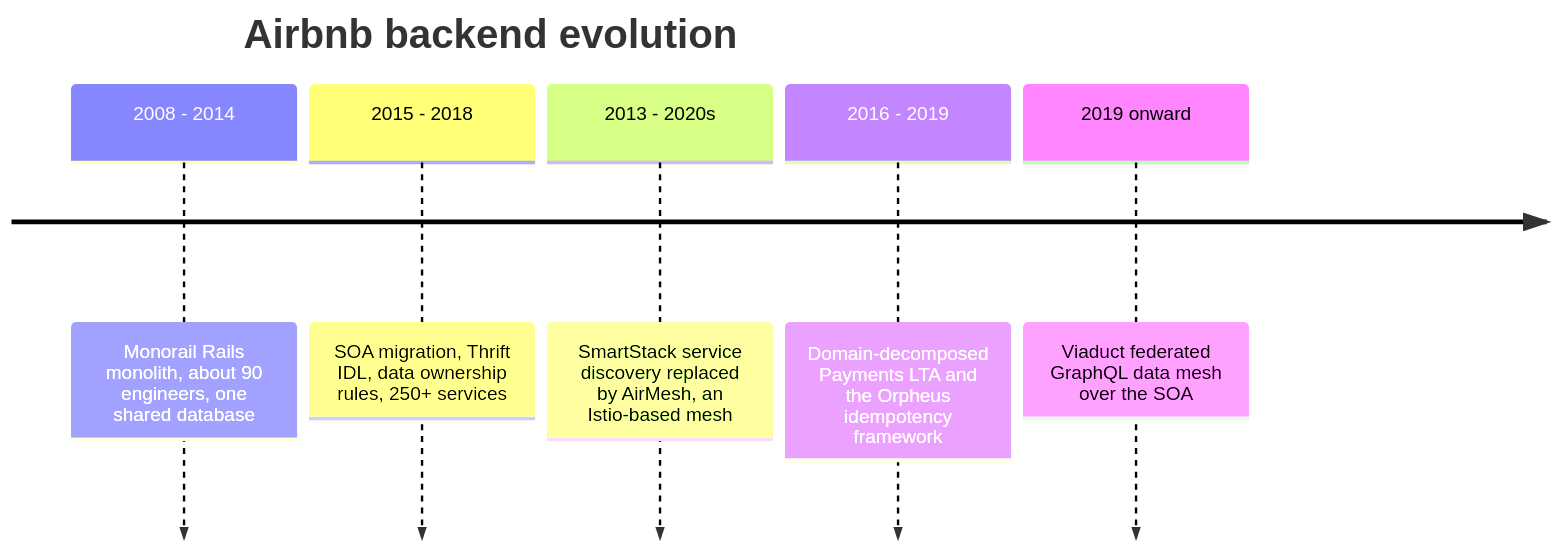
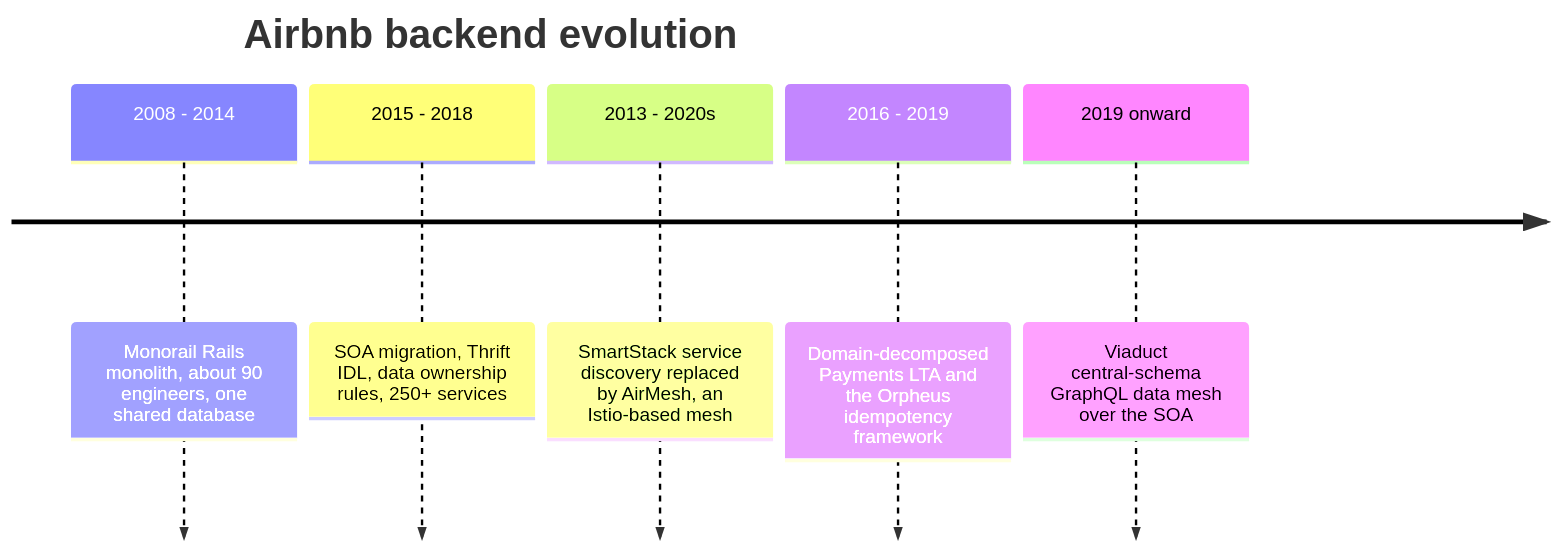
Before and after one commit to alwin-verus/big-tech-system-design: the first of 6 diagrams in companies/airbnb.md, drawn with Mermaid. The commit also changed other lines of this file and 56 other files, not shown here.

````diff
--- a/companies/airbnb.md
+++ b/companies/airbnb.md
@@ -215,9 +318,9 @@
 ```mermaid
 timeline
     title Airbnb backend evolution
     2008 - 2014 : Monorail Rails monolith, about 90 engineers, one shared database
     2015 - 2018 : SOA migration, Thrift IDL, data ownership rules, 250+ services
     2013 - 2020s : SmartStack service discovery replaced by AirMesh, an Istio-based mesh
     2016 - 2019 : Domain-decomposed Payments LTA and the Orpheus idempotency framework
-    2019 onward : Viaduct federated GraphQL data mesh over the SOA
+    2019 onward : Viaduct central-schema GraphQL data mesh over the SOA
 ```
````
